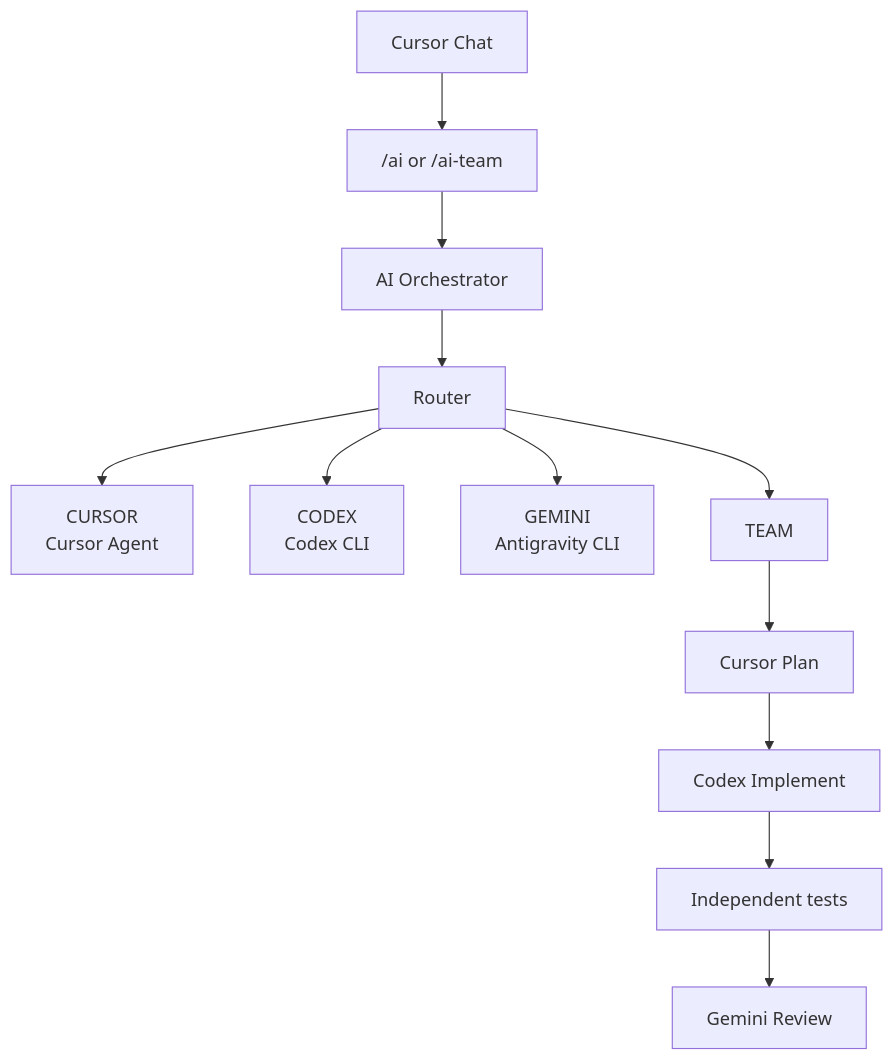
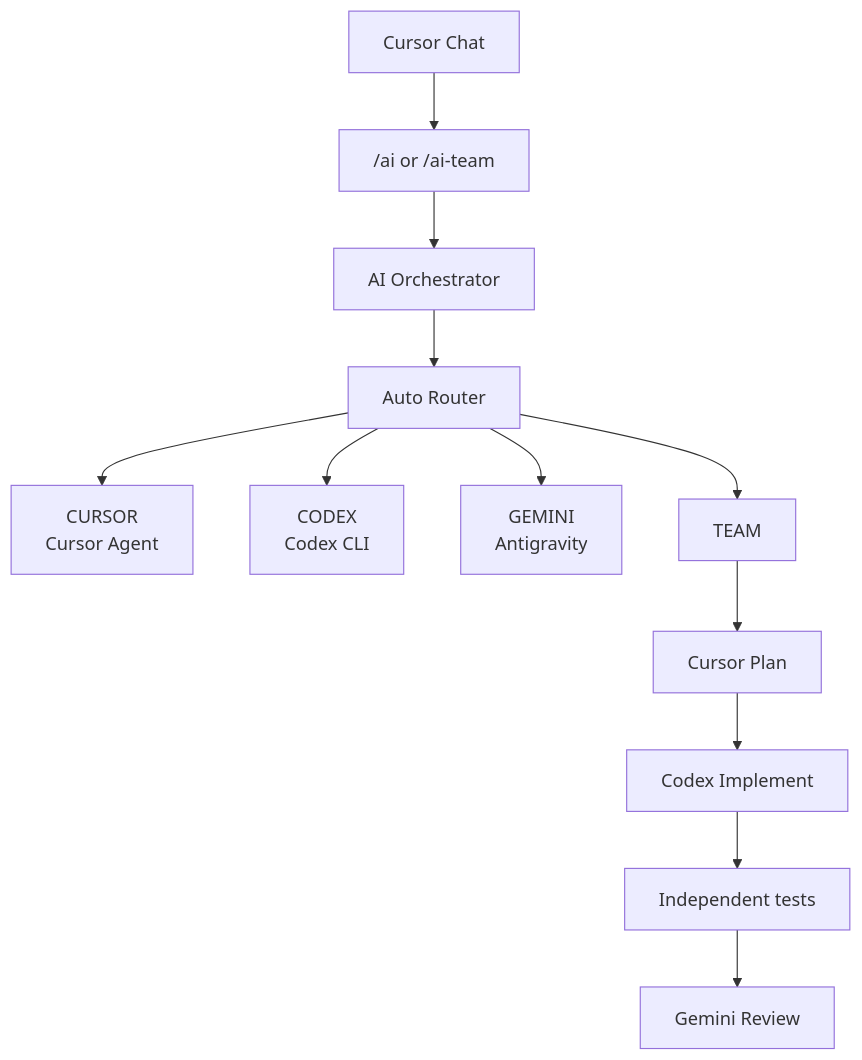
Before and after one commit to trisha918/multi-model-ai-orchestrator: the first of 2 diagrams in README.md, drawn with Mermaid. The commit also changed other lines of this file and 2 other files, not shown here.

````diff
--- a/README.md
+++ b/README.md
@@ -22,22 +24,22 @@
 ```mermaid
 flowchart TD
   chat[Cursor Chat]
   skill["/ai or /ai-team"]
   orch[AI Orchestrator]
-  router[Router]
+  router[Auto Router]
   cursor[CURSOR<br/>Cursor Agent]
   codex[CODEX<br/>Codex CLI]
-  gemini[GEMINI<br/>Antigravity CLI]
+  gemini[GEMINI<br/>Antigravity]
   team[TEAM]
 
   chat --> skill --> orch --> router
   router --> cursor
   router --> codex
   router --> gemini
   router --> team
 
   team --> plan[Cursor Plan]
   plan --> impl[Codex Implement]
   impl --> tests[Independent tests]
   tests --> review[Gemini Review]
 ```
````
